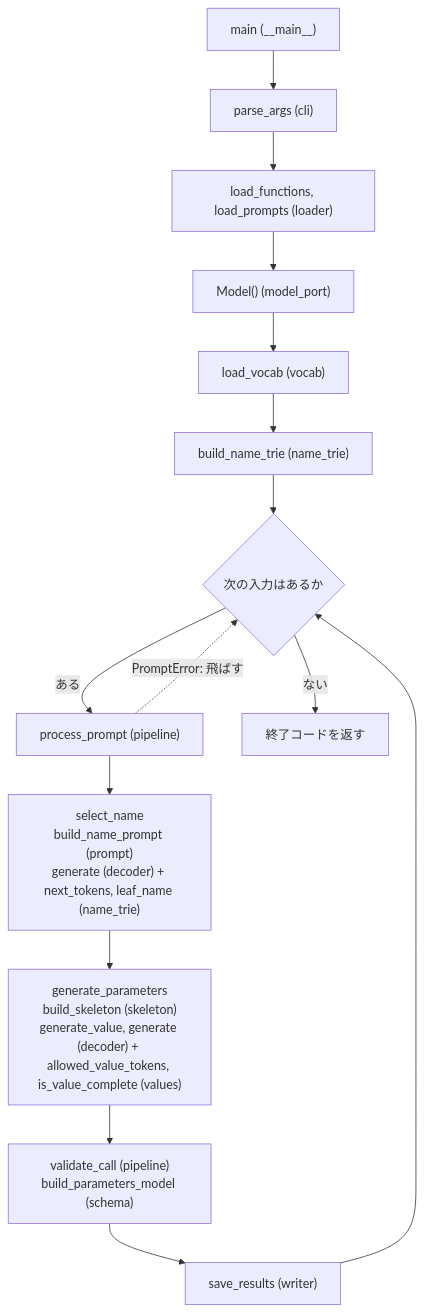
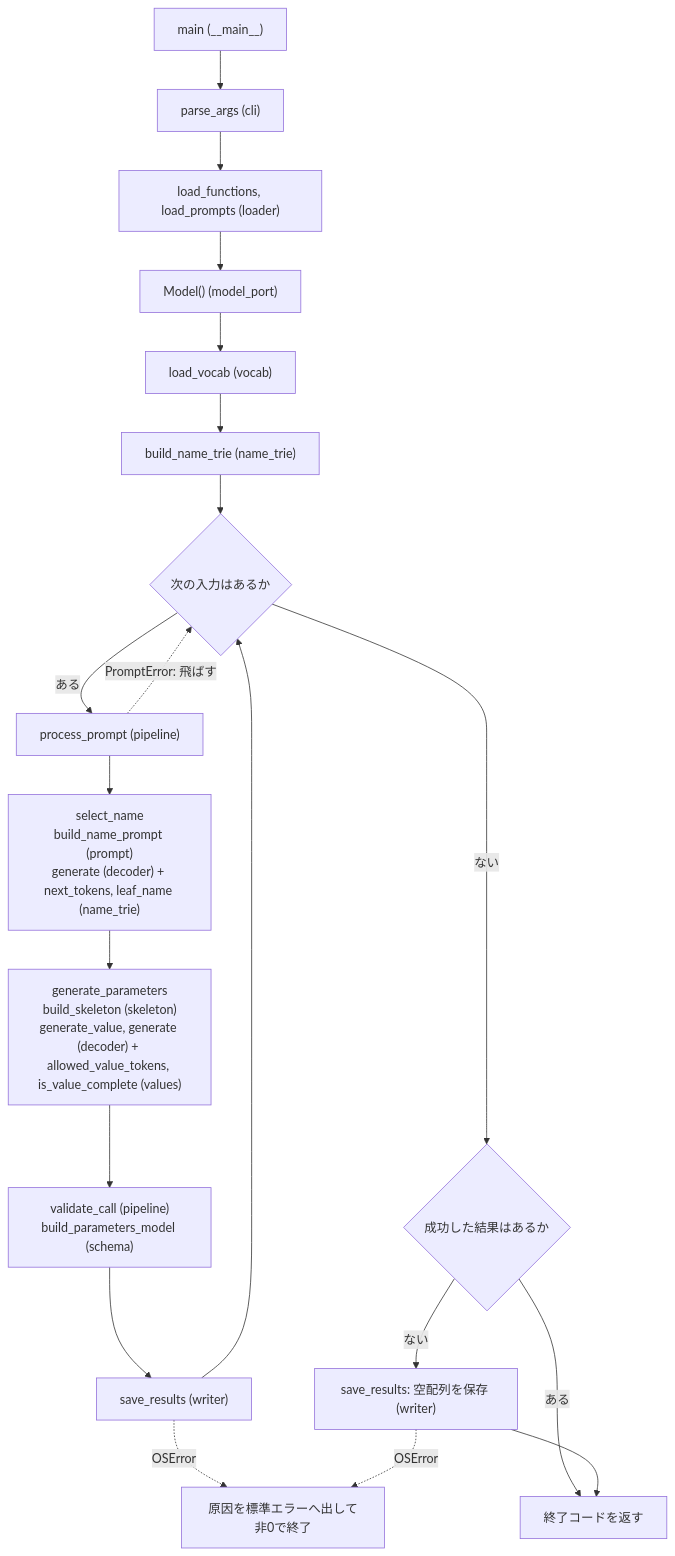
One commit to AMkuro/Call_Me_Maybe changed the diagram in docs/architecture.md. Above: the diagram before and after it, drawn with Mermaid. The commit also changed other lines of this file and 9 other files, not shown here.

First line of the commit message:
fix: correct reviewed skeleton control flow and output contracts

````diff
--- a/docs/architecture.md
+++ b/docs/architecture.md
@@ -116,17 +119,22 @@
 ```mermaid
 flowchart TD
   A["main (__main__)"] --> B["parse_args (cli)"]
   B --> C["load_functions, load_prompts (loader)"]
   C --> D["Model() (model_port)"]
   D --> E["load_vocab (vocab)"]
   E --> F["build_name_trie (name_trie)"]
   F --> G{"次の入力はあるか"}
   G -->|ある| H["process_prompt (pipeline)"]
   H --> I["select_name<br/>build_name_prompt (prompt)<br/>generate (decoder) + next_tokens, leaf_name (name_trie)"]
   I --> J["generate_parameters<br/>build_skeleton (skeleton)<br/>generate_value, generate (decoder) + allowed_value_tokens, is_value_complete (values)"]
   J --> K["validate_call (pipeline)<br/>build_parameters_model (schema)"]
   K --> L["save_results (writer)"]
   L --> G
   H -.->|PromptError: 飛ばす| G
-  G -->|ない| M["終了コードを返す"]
+  G -->|ない| Z{"成功した結果はあるか"}
+  Z -->|ある| M["終了コードを返す"]
+  Z -->|ない| S["save_results: 空配列を保存 (writer)"]
+  S --> M
+  L -.->|OSError| N["原因を標準エラーへ出して非0で終了"]
+  S -.->|OSError| N
 ```
````
